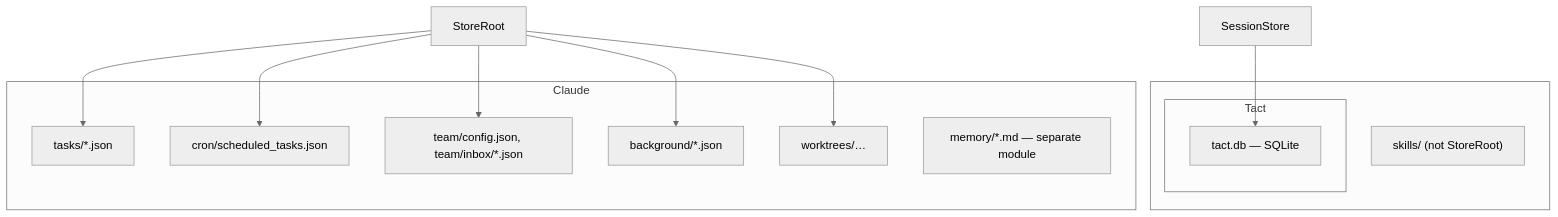
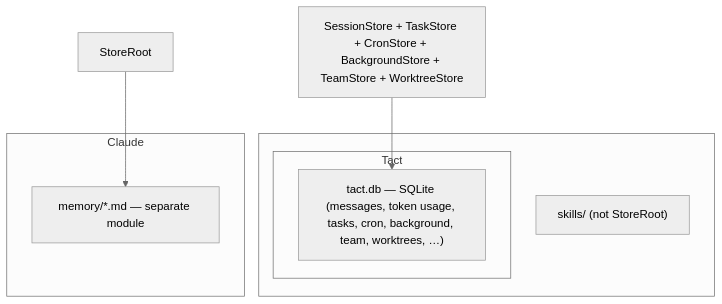
Before and after one commit to rust-infra/tact: the first of 2 diagrams in book/01_chapter_store.md, drawn with Mermaid (neutral theme). The commit also changed other lines of this file and 344 other files, not shown here.

First line of the commit message:
feat(responses): hosted web search + SQLite domain-store migration + shared connection pool (#62)

````diff
--- a/book/01_chapter_store.md
+++ b/book/01_chapter_store.md
@@ -19,29 +19,20 @@
 ```mermaid
 graph TB
     subgraph Workdir["<workdir>"]
         Tact[".tact/"]
         Tact[".tact/"]
         Skills["skills/ (not StoreRoot)"]
     end
 
     subgraph Tact
-        DB["tact.db — SQLite"]
+        DB["tact.db — SQLite (messages, token usage, tasks, cron, background, team, worktrees, …)"]
     end
 
     subgraph Claude
-        Tasks["tasks/*.json"]
-        Cron["cron/scheduled_tasks.json"]
-        Team["team/config.json, team/inbox/*.json"]
-        BG["background/*.json"]
-        WT["worktrees/…"]
         Mem["memory/*.md — separate module"]
     end
 
-    SR[StoreRoot] --> Tasks
-    SR --> Cron
-    SR --> Team
-    SR --> BG
-    SR --> WT
+    SR[StoreRoot] --> Mem
 
-    SS[SessionStore] --> DB
+    SS[SessionStore + TaskStore + CronStore + BackgroundStore + TeamStore + WorktreeStore] --> DB
 ```
````
